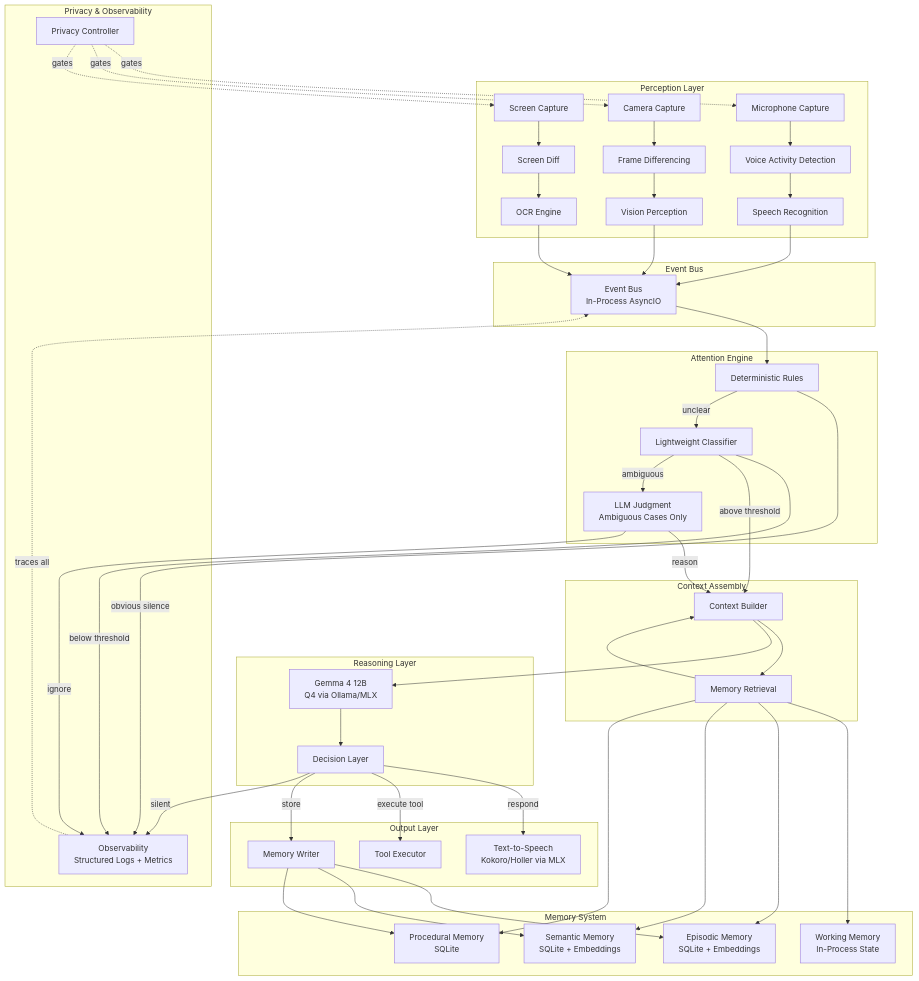
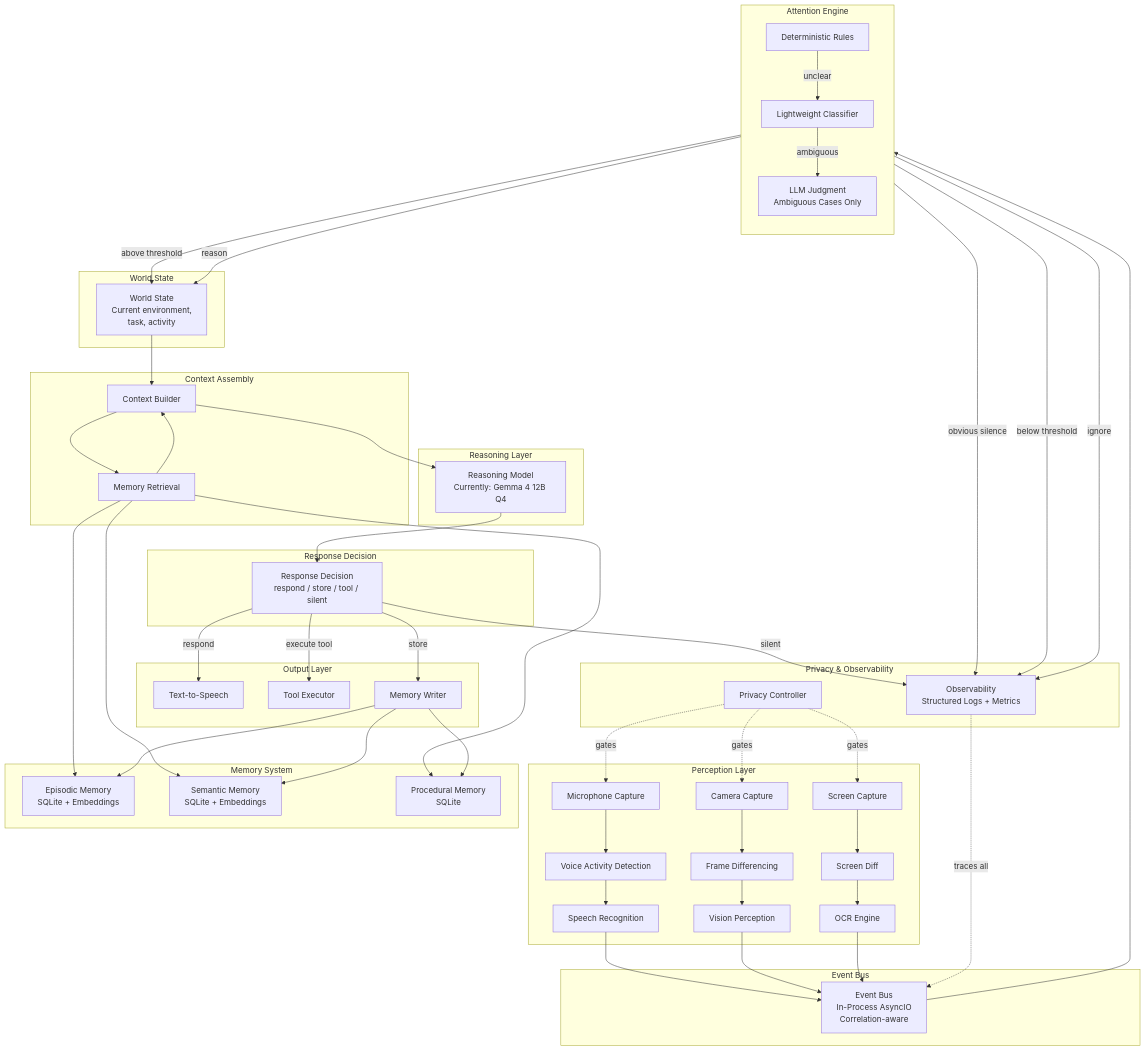
Before and after one commit to sandeep-sarma-24/jarvis: the first of 3 diagrams in docs/architecture/01-overview-and-diagrams.md, drawn with Mermaid. The commit also changed other lines of this file and 6 other files, not shown here.

First line of the commit message:
Phase 0: architecture corrections before Phase 1

```diff
--- a/docs/architecture/01-overview-and-diagrams.md
+++ b/docs/architecture/01-overview-and-diagrams.md
@@ -48,13 +59,18 @@
     end
 
     subgraph Events["Event Bus"]
-        EB[Event Bus<br/>In-Process AsyncIO]
+        EB[Event Bus<br/>In-Process AsyncIO<br/>Correlation-aware]
     end
 
     subgraph Attention["Attention Engine"]
+        direction TB
         RULES[Deterministic Rules]
         CLF[Lightweight Classifier]
         ATTN_LLM[LLM Judgment<br/>Ambiguous Cases Only]
+    end
+
+    subgraph State["World State"]
+        WS[World State<br/>Current environment,<br/>task, activity]
     end
 
     subgraph Context["Context Assembly"]
@@ -63,19 +79,21 @@
     end
 
     subgraph Reasoning["Reasoning Layer"]
-        LLM[Gemma 4 12B<br/>Q4 via Ollama/MLX]
-        DEC[Decision Layer]
+        LLM[Reasoning Model<br/>Currently: Gemma 4 12B Q4]
+    end
+
+    subgraph ResponseDec["Response Decision"]
+        RD[Response Decision<br/>respond / store / tool / silent]
     end
 
     subgraph Memory["Memory System"]
-        WM[Working Memory<br/>In-Process State]
         EM[Episodic Memory<br/>SQLite + Embeddings]
         SM[Semantic Memory<br/>SQLite + Embeddings]
         PM[Procedural Memory<br/>SQLite]
     end
 
     subgraph Output["Output Layer"]
-        TTS[Text-to-Speech<br/>Kokoro/Holler via MLX]
+        TTS[Text-to-Speech]
         TOOL[Tool Executor]
         MEM_W[Memory Writer]
     end
@@ -93,24 +111,24 @@
     RULES -->|"obvious silence"| OBS
     RULES -->|"unclear"| CLF
     CLF -->|"below threshold"| OBS
-    CLF -->|"above threshold"| CB
+    CLF -->|"above threshold"| WS
     CLF -->|"ambiguous"| ATTN_LLM
-    ATTN_LLM -->|"reason"| CB
+    ATTN_LLM -->|"reason"| WS
     ATTN_LLM -->|"ignore"| OBS
 
+    WS --> CB
     CB --> MR
-    MR --> WM
     MR --> EM
     MR --> SM
     MR --> PM
     MR --> CB
 
-    CB --> LLM --> DEC
+    CB --> LLM --> RD
 
-    DEC -->|"respond"| TTS
-    DEC -->|"execute tool"| TOOL
-    DEC -->|"store"| MEM_W
-    DEC -->|"silent"| OBS
+    RD -->|"respond"| TTS
+    RD -->|"execute tool"| TOOL
+    RD -->|"store"| MEM_W
+    RD -->|"silent"| OBS
 
     MEM_W --> EM
     MEM_W --> SM
```
